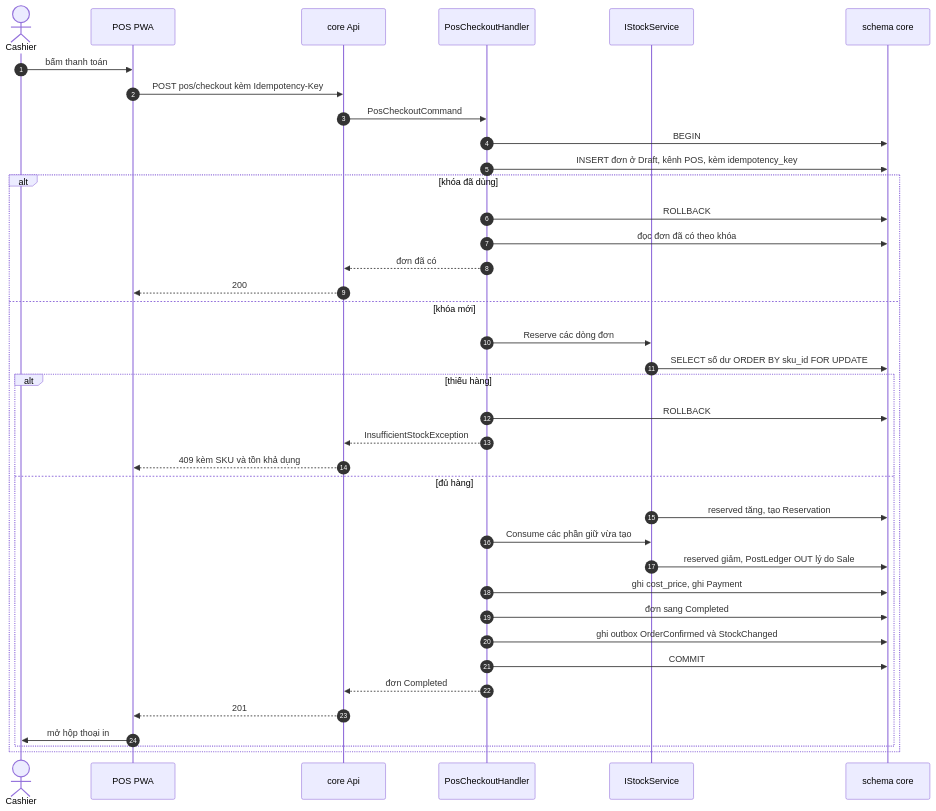
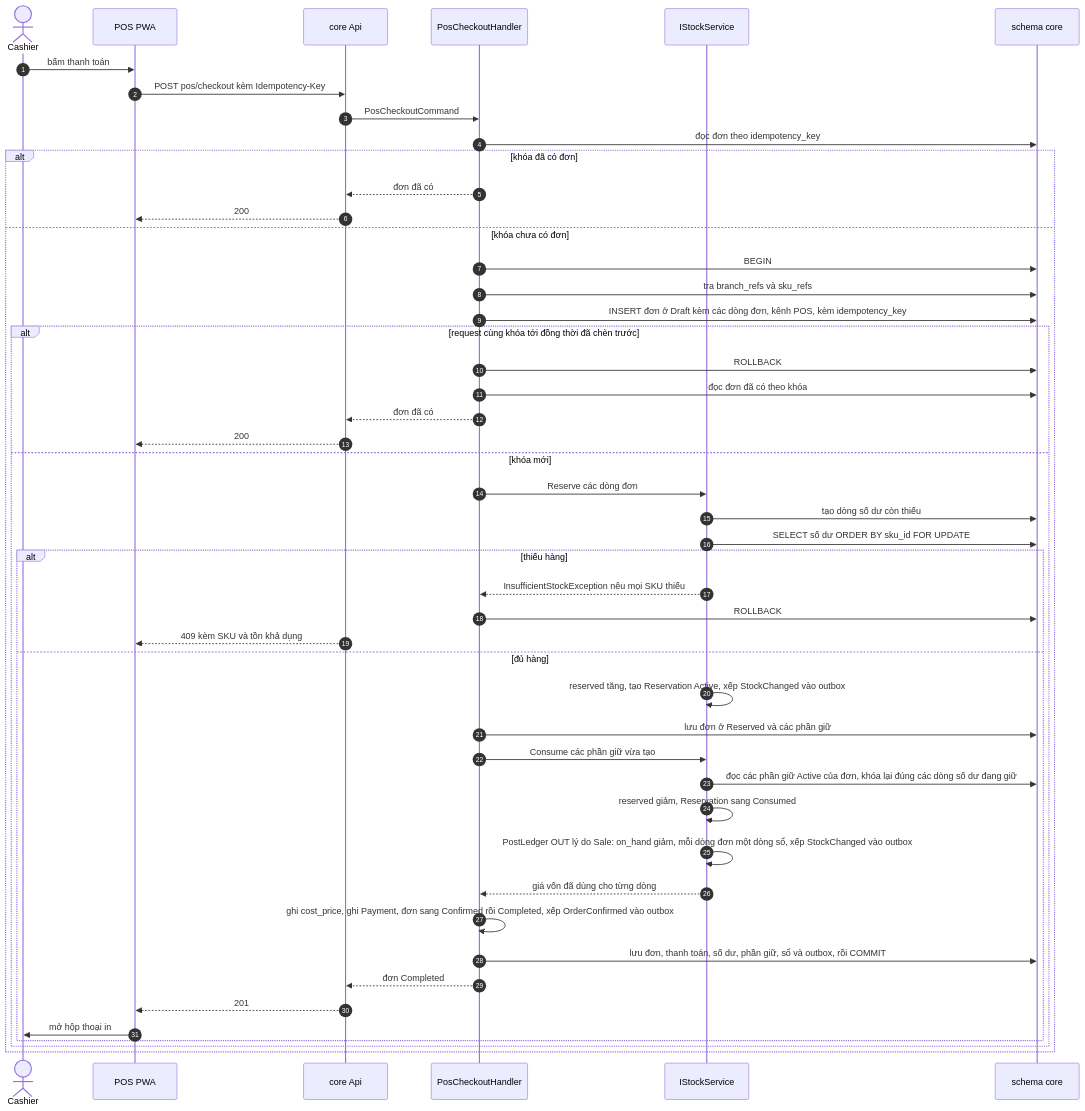
The diagram in docs/design/flows/pos-checkout.md (kapfm789/XDPMOOP), drawn with Mermaid before and after one commit. The commit also changed other lines of this file and 39 other files, not shown here.

Commit message:
W3-08, W3-09: admin màn hình đơn hàng đa kênh, tạo đơn thủ công, duyệt, hoàn tất, hủy, in phiếu giao và màn hình kênh sàn; rà sơ đồ luồng POS checkout, xác nhận, hủy và hết hạn, chuyển kho; cập nhật tài liệu thiết kế và trạng thái phase 6

````diff
--- a/docs/design/flows/pos-checkout.md
+++ b/docs/design/flows/pos-checkout.md
@@ -5,41 +5,51 @@
 ```mermaid
 sequenceDiagram
   autonumber
   actor Cashier
   participant Pos as POS PWA
   participant Api as core Api
   participant UC as PosCheckoutHandler
   participant Stock as IStockService
   participant DB as schema core
 
   Cashier->>Pos: bấm thanh toán
   Pos->>Api: POST pos/checkout kèm Idempotency-Key
   Api->>UC: PosCheckoutCommand
-  UC->>DB: BEGIN
-  UC->>DB: INSERT đơn ở Draft, kênh POS, kèm idempotency_key
-  alt khóa đã dùng
-    UC->>DB: ROLLBACK
-    UC->>DB: đọc đơn đã có theo khóa
+  UC->>DB: đọc đơn theo idempotency_key
+  alt khóa đã có đơn
     UC-->>Api: đơn đã có
     Api-->>Pos: 200
-  else khóa mới
-    UC->>Stock: Reserve các dòng đơn
-    Stock->>DB: SELECT số dư ORDER BY sku_id FOR UPDATE
-    alt thiếu hàng
+  else khóa chưa có đơn
+    UC->>DB: BEGIN
+    UC->>DB: tra branch_refs và sku_refs
+    UC->>DB: INSERT đơn ở Draft kèm các dòng đơn, kênh POS, kèm idempotency_key
+    alt request cùng khóa tới đồng thời đã chèn trước
       UC->>DB: ROLLBACK
-      UC-->>Api: InsufficientStockException
-      Api-->>Pos: 409 kèm SKU và tồn khả dụng
-    else đủ hàng
-      Stock->>DB: reserved tăng, tạo Reservation
-      UC->>Stock: Consume các phần giữ vừa tạo
-      Stock->>DB: reserved giảm, PostLedger OUT lý do Sale
-      UC->>DB: ghi cost_price, ghi Payment
-      UC->>DB: đơn sang Completed
-      UC->>DB: ghi outbox OrderConfirmed và StockChanged
-      UC->>DB: COMMIT
-      UC-->>Api: đơn Completed
-      Api-->>Pos: 201
-      Pos->>Cashier: mở hộp thoại in
+      UC->>DB: đọc đơn đã có theo khóa
+      UC-->>Api: đơn đã có
+      Api-->>Pos: 200
+    else khóa mới
+      UC->>Stock: Reserve các dòng đơn
+      Stock->>DB: tạo dòng số dư còn thiếu
+      Stock->>DB: SELECT số dư ORDER BY sku_id FOR UPDATE
+      alt thiếu hàng
+        Stock-->>UC: InsufficientStockException nêu mọi SKU thiếu
+        UC->>DB: ROLLBACK
+        Api-->>Pos: 409 kèm SKU và tồn khả dụng
+      else đủ hàng
+        Stock->>Stock: reserved tăng, tạo Reservation Active, xếp StockChanged vào outbox
+        UC->>DB: lưu đơn ở Reserved và các phần giữ
+        UC->>Stock: Consume các phần giữ vừa tạo
+        Stock->>DB: đọc các phần giữ Active của đơn, khóa lại đúng các dòng số dư đang giữ
+        Stock->>Stock: reserved giảm, Reservation sang Consumed
+        Stock->>Stock: PostLedger OUT lý do Sale: on_hand giảm, mỗi dòng đơn một dòng sổ, xếp StockChanged vào outbox
+        Stock-->>UC: giá vốn đã dùng cho từng dòng
+        UC->>UC: ghi cost_price, ghi Payment, đơn sang Confirmed rồi Completed, xếp OrderConfirmed vào outbox
+        UC->>DB: lưu đơn, thanh toán, số dư, phần giữ, sổ và outbox, rồi COMMIT
+        UC-->>Api: đơn Completed
+        Api-->>Pos: 201
+        Pos->>Cashier: mở hộp thoại in
+      end
     end
   end
 ```
````
